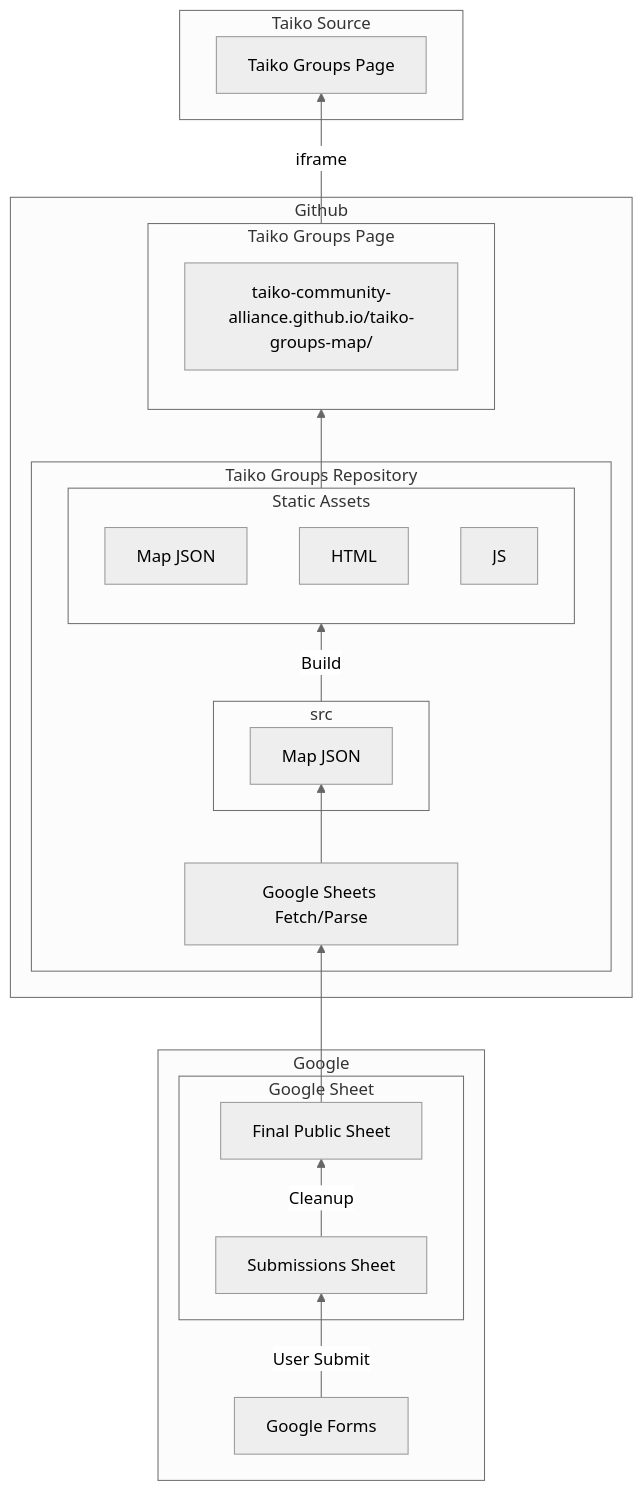
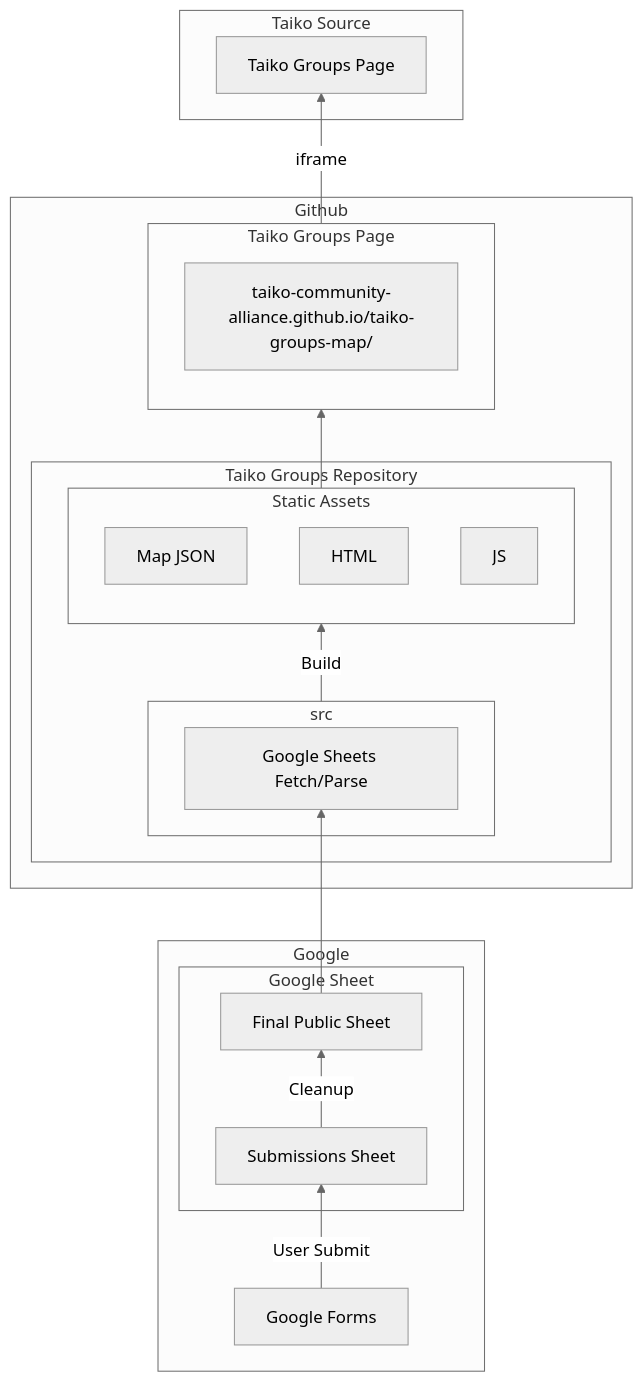
One commit to Taiko-Community-Alliance/taiko-groups-map changed the diagram in README.md. Above: the diagram before and after it, drawn with Mermaid.

````diff
--- a/README.md
+++ b/README.md
@@ -15,36 +15,35 @@
 ```mermaid
 ---
 config:
   theme: neutral
 ---
 flowchart BT
     subgraph GL["Google"]
         GF["Google Forms"] -- User Submit --> GSR
         subgraph GS["Google Sheet"]
             GSR["Submissions Sheet"] -- Cleanup --> GSP["Final Public Sheet"]
         end
     end
-    GSP --> PARSE --> GHJSON
+    GSP --> PARSE
     subgraph GH["Github"]
         subgraph GHR["Taiko Groups Repository"]
-            PARSE["Google Sheets Fetch/Parse"]
             subgraph SRC["src"]
-                GHJSON["Map JSON"]
+                PARSE["Google Sheets Fetch/Parse"]
             end
             subgraph ST["Static Assets"]
                 GHJSONST["Map JSON"]
                 HTML
                 JS
             end
             SRC -- Build --> ST
         end
         ST --> GHP
         subgraph GHP["Taiko Groups Page"]
             WEBPAGE["taiko-community-alliance.github.io/taiko-groups-map/"]
         end
     end
     GHP -- iframe --> TGPAGE
     subgraph TS["Taiko Source"]
         TGPAGE["Taiko Groups Page"]
     end
 ```
````
